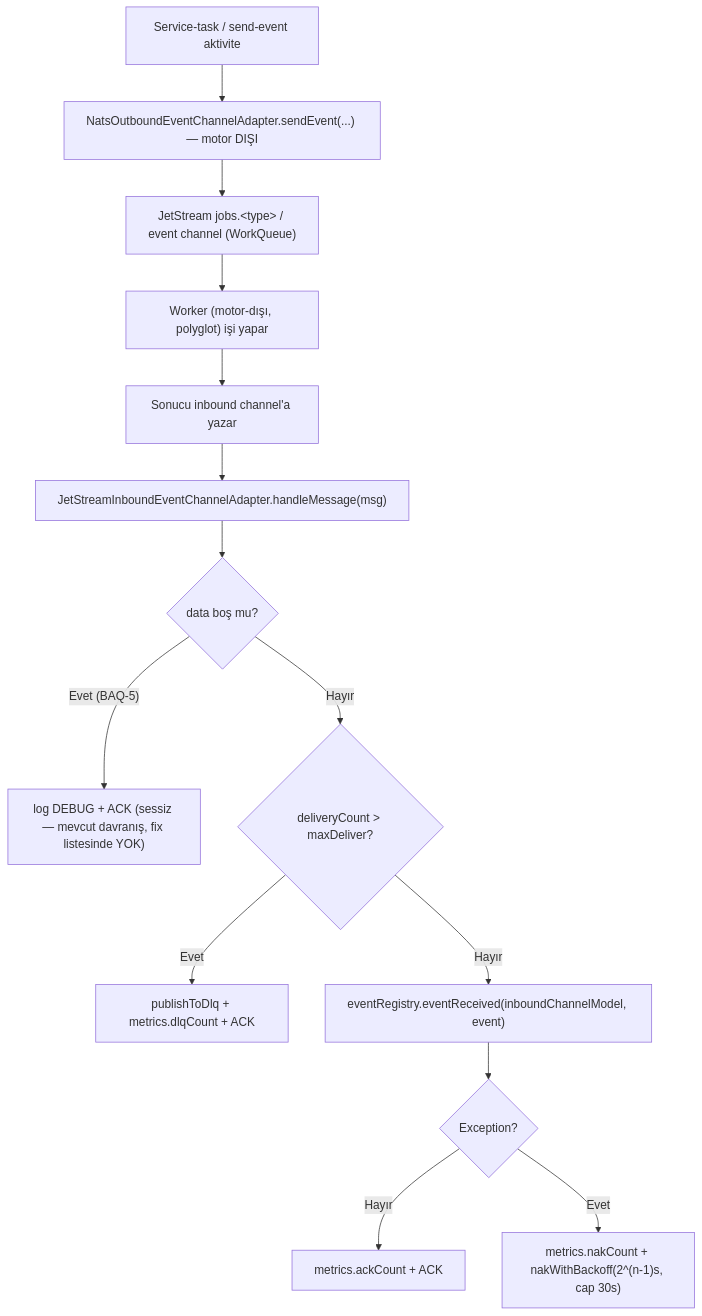
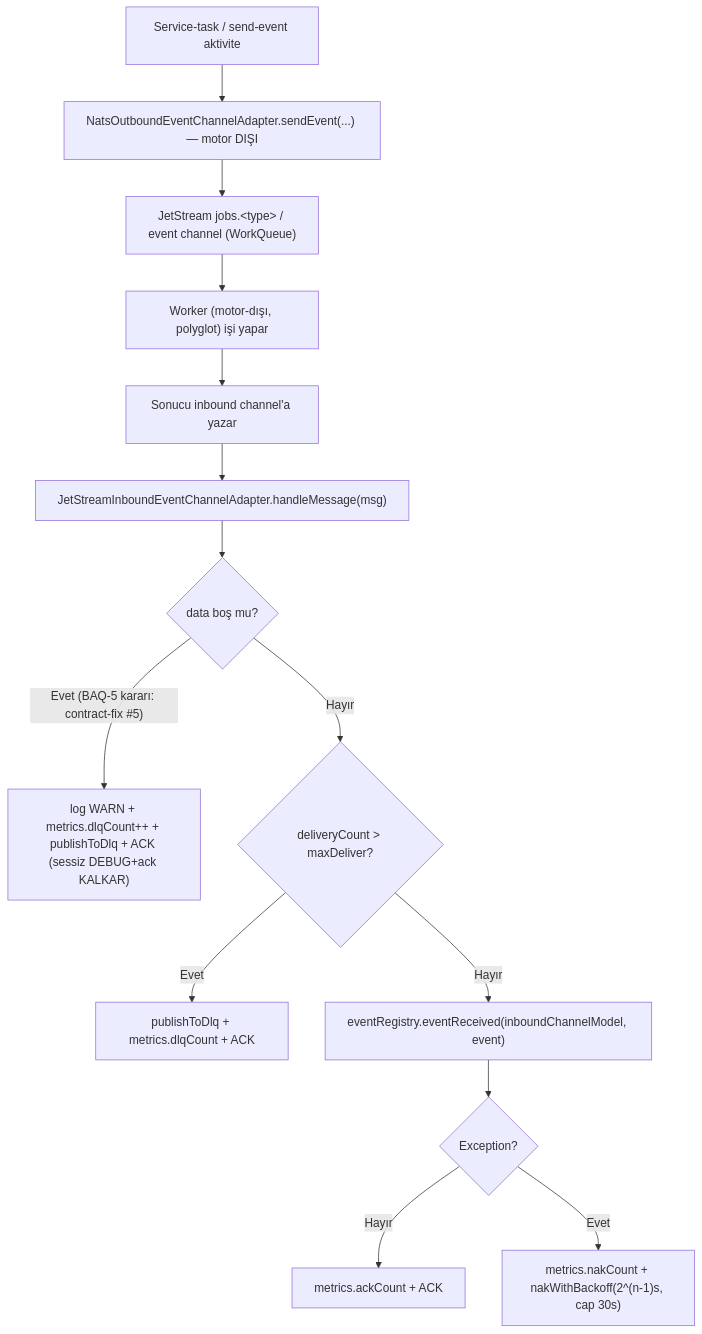
Before and after one commit to 3eAI-Labs/nats-bpm-channels: the fourth of 9 diagrams in docs/sentinel/phase2/BUSINESS_LOGIC.md, drawn with Mermaid. The commit also changed other lines of this file and 3 other files, not shown here.

````diff
--- a/docs/sentinel/phase2/BUSINESS_LOGIC.md
+++ b/docs/sentinel/phase2/BUSINESS_LOGIC.md
@@ -89,16 +87,16 @@
 ```mermaid
 flowchart TD
     A["Service-task / send-event aktivite"] --> B["NatsOutboundEventChannelAdapter.sendEvent(...) — motor DIŞI"]
     B --> C["JetStream jobs.&lt;type&gt; / event channel (WorkQueue)"]
     C --> D["Worker (motor-dışı, polyglot) işi yapar"]
     D --> E["Sonucu inbound channel'a yazar"]
     E --> F["JetStreamInboundEventChannelAdapter.handleMessage(msg)"]
     F --> G{"data boş mu?"}
-    G -->|"Evet (BAQ-5)"| H["log DEBUG + ACK (sessiz — mevcut davranış, fix listesinde YOK)"]
+    G -->|"Evet (BAQ-5 kararı: contract-fix #5)"| H["log WARN + metrics.dlqCount++ + publishToDlq + ACK (sessiz DEBUG+ack KALKAR)"]
     G -->|Hayır| I{"deliveryCount &gt; maxDeliver?"}
     I -->|Evet| J["publishToDlq + metrics.dlqCount + ACK"]
     I -->|Hayır| K["eventRegistry.eventReceived(inboundChannelModel, event)"]
     K --> L{"Exception?"}
     L -->|Hayır| M["metrics.ackCount + ACK"]
     L -->|Evet| N["metrics.nakCount + nakWithBackoff(2^(n-1)s, cap 30s)"]
 ```
````
